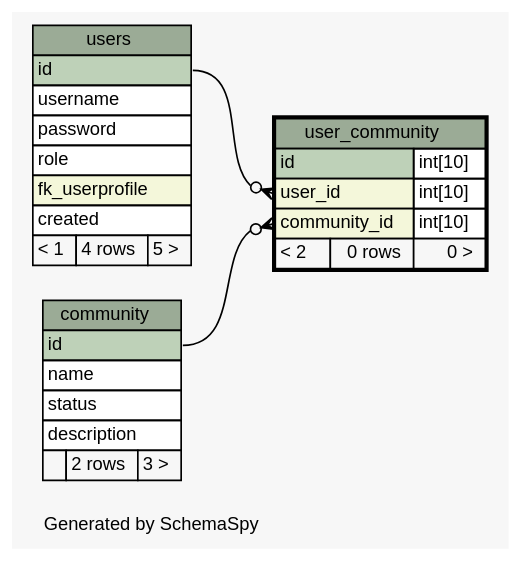
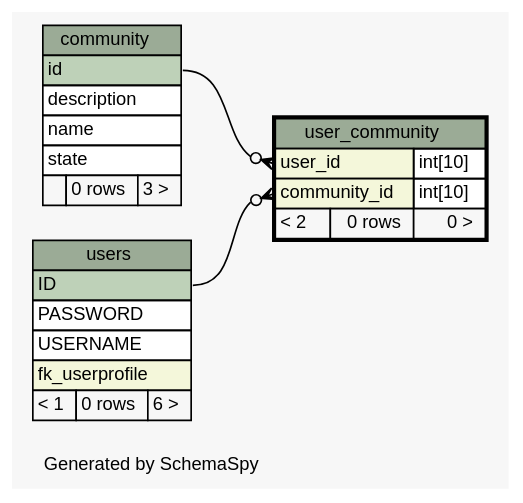
One commit to chr-krenn/chr-krenn-fhj-ws2017-sd17-pse changed the diagram in doc/db_schema/diagrams/user_community.1degree.dot. Above: the diagram before and after it, drawn with Graphviz. The commit also changed 60 other files, not shown here.

```diff
--- a/doc/db_schema/diagrams/user_community.1degree.dot
+++ b/doc/db_schema/diagrams/user_community.1degree.dot
@@ -1,64 +1,61 @@
 // dot 2.40.1 on Linux 4.12.5-300.fc26.x86_64
 // SchemaSpy rev 590
 digraph "oneDegreeRelationshipsDiagram" {
   graph [
     rankdir="RL"
     bgcolor="#f7f7f7"
     label="\nGenerated by SchemaSpy"
     labeljust="l"
     nodesep="0.18"
     ranksep="0.46"
     fontname="Helvetica"
     fontsize="11"
   ];
   node [
     fontname="Helvetica"
     fontsize="11"
     shape="plaintext"
   ];
   edge [
     arrowsize="0.8"
   ];
-  "user_community":"community_id":w -> "community":"id":e [arrowhead=none dir=back arrowtail=crowodot];
-  "user_community":"user_id":w -> "users":"id":e [arrowhead=none dir=back arrowtail=crowodot];
+  "user_community":"community_id":w -> "users":"ID":e [arrowhead=none dir=back arrowtail=crowodot];
+  "user_community":"user_id":w -> "community":"id":e [arrowhead=none dir=back arrowtail=crowodot];
   "community" [
     label=<
     <TABLE BORDER="0" CELLBORDER="1" CELLSPACING="0" BGCOLOR="#ffffff">
       <TR><TD COLSPAN="3" BGCOLOR="#9bab96" ALIGN="CENTER">community</TD></TR>
       <TR><TD PORT="id" COLSPAN="3" BGCOLOR="#bed1b8" ALIGN="LEFT">id</TD></TR>
+      <TR><TD PORT="description" COLSPAN="3" ALIGN="LEFT">description</TD></TR>
       <TR><TD PORT="name" COLSPAN="3" ALIGN="LEFT">name</TD></TR>
-      <TR><TD PORT="status" COLSPAN="3" ALIGN="LEFT">status</TD></TR>
-      <TR><TD PORT="description" COLSPAN="3" ALIGN="LEFT">description</TD></TR>
-      <TR><TD ALIGN="LEFT" BGCOLOR="#f7f7f7">  </TD><TD ALIGN="RIGHT" BGCOLOR="#f7f7f7">2 rows</TD><TD ALIGN="RIGHT" BGCOLOR="#f7f7f7">3 &gt;</TD></TR>
+      <TR><TD PORT="state" COLSPAN="3" ALIGN="LEFT">state</TD></TR>
+      <TR><TD ALIGN="LEFT" BGCOLOR="#f7f7f7">  </TD><TD ALIGN="RIGHT" BGCOLOR="#f7f7f7">0 rows</TD><TD ALIGN="RIGHT" BGCOLOR="#f7f7f7">3 &gt;</TD></TR>
     </TABLE>>
     URL="community.html"
     tooltip="community"
   ];
   "user_community" [
     label=<
     <TABLE BORDER="2" CELLBORDER="1" CELLSPACING="0" BGCOLOR="#ffffff">
       <TR><TD COLSPAN="3" BGCOLOR="#9bab96" ALIGN="CENTER">user_community</TD></TR>
-      <TR><TD PORT="id" COLSPAN="2" BGCOLOR="#bed1b8" ALIGN="LEFT">id</TD><TD PORT="id.type" ALIGN="LEFT">int[10]</TD></TR>
       <TR><TD PORT="user_id" COLSPAN="2" BGCOLOR="#f4f7da" ALIGN="LEFT">user_id</TD><TD PORT="user_id.type" ALIGN="LEFT">int[10]</TD></TR>
       <TR><TD PORT="community_id" COLSPAN="2" BGCOLOR="#f4f7da" ALIGN="LEFT">community_id</TD><TD PORT="community_id.type" ALIGN="LEFT">int[10]</TD></TR>
       <TR><TD ALIGN="LEFT" BGCOLOR="#f7f7f7">&lt; 2</TD><TD ALIGN="RIGHT" BGCOLOR="#f7f7f7">0 rows</TD><TD ALIGN="RIGHT" BGCOLOR="#f7f7f7">0 &gt;</TD></TR>
     </TABLE>>
     URL="user_community.html"
     tooltip="user_community"
   ];
   "users" [
     label=<
     <TABLE BORDER="0" CELLBORDER="1" CELLSPACING="0" BGCOLOR="#ffffff">
       <TR><TD COLSPAN="3" BGCOLOR="#9bab96" ALIGN="CENTER">users</TD></TR>
-      <TR><TD PORT="id" COLSPAN="3" BGCOLOR="#bed1b8" ALIGN="LEFT">id</TD></TR>
-      <TR><TD PORT="username" COLSPAN="3" ALIGN="LEFT">username</TD></TR>
-      <TR><TD PORT="password" COLSPAN="3" ALIGN="LEFT">password</TD></TR>
-      <TR><TD PORT="role" COLSPAN="3" ALIGN="LEFT">role</TD></TR>
+      <TR><TD PORT="ID" COLSPAN="3" BGCOLOR="#bed1b8" ALIGN="LEFT">ID</TD></TR>
+      <TR><TD PORT="PASSWORD" COLSPAN="3" ALIGN="LEFT">PASSWORD</TD></TR>
+      <TR><TD PORT="USERNAME" COLSPAN="3" ALIGN="LEFT">USERNAME</TD></TR>
       <TR><TD PORT="fk_userprofile" COLSPAN="3" BGCOLOR="#f4f7da" ALIGN="LEFT">fk_userprofile</TD></TR>
-      <TR><TD PORT="created" COLSPAN="3" ALIGN="LEFT">created</TD></TR>
-      <TR><TD ALIGN="LEFT" BGCOLOR="#f7f7f7">&lt; 1</TD><TD ALIGN="RIGHT" BGCOLOR="#f7f7f7">4 rows</TD><TD ALIGN="RIGHT" BGCOLOR="#f7f7f7">5 &gt;</TD></TR>
+      <TR><TD ALIGN="LEFT" BGCOLOR="#f7f7f7">&lt; 1</TD><TD ALIGN="RIGHT" BGCOLOR="#f7f7f7">0 rows</TD><TD ALIGN="RIGHT" BGCOLOR="#f7f7f7">6 &gt;</TD></TR>
     </TABLE>>
     URL="users.html"
     tooltip="users"
   ];
 }
```
